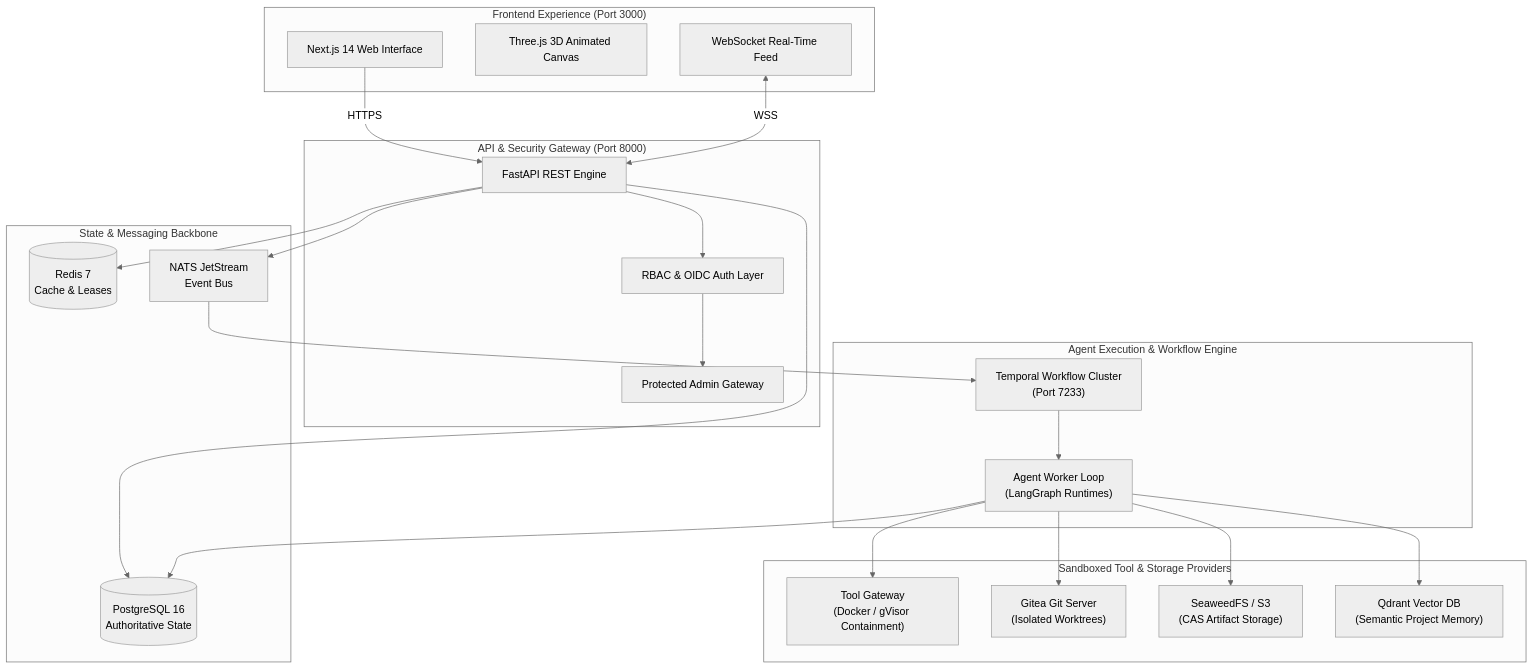
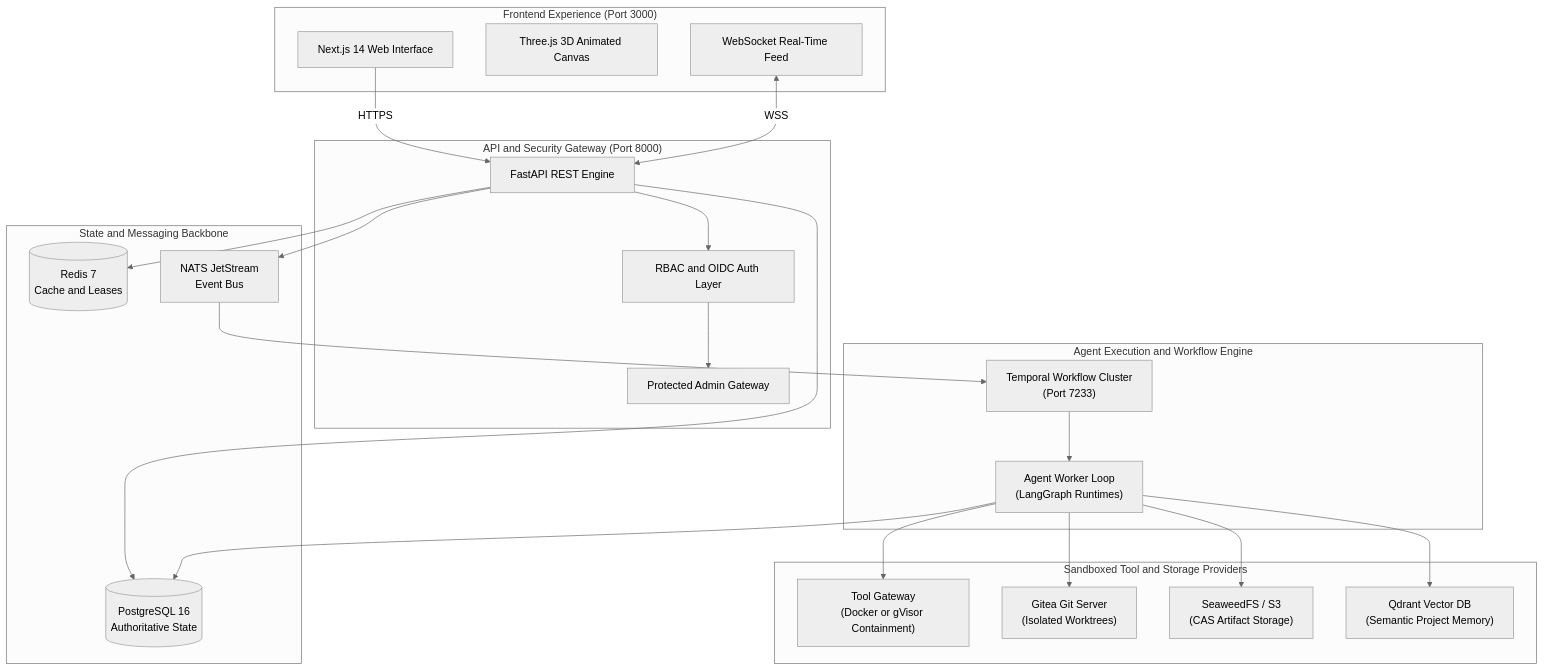
Before and after one commit to ANUJ760/agent-space: the first of 2 diagrams in README.md, drawn with Mermaid (neutral theme). The commit also changed other lines of this file, not shown here.

Commit message:
fix(docs): resolve Mermaid sequence diagram syntax by renaming reserved Box participant to Sandbox

````diff
--- a/README.md
+++ b/README.md
@@ -25,49 +25,49 @@
 ```mermaid
 flowchart TD
     subgraph ClientLayer["Frontend Experience (Port 3000)"]
         UI["Next.js 14 Web Interface"]
         ThreeCanvas["Three.js 3D Animated Canvas"]
         WSClient["WebSocket Real-Time Feed"]
     end
 
-    subgraph APILayer["API & Security Gateway (Port 8000)"]
+    subgraph APILayer["API and Security Gateway (Port 8000)"]
         FastAPI["FastAPI REST Engine"]
-        AuthModule["RBAC & OIDC Auth Layer"]
+        AuthModule["RBAC and OIDC Auth Layer"]
         ProtectedAdmin["Protected Admin Gateway"]
     end
 
-    subgraph StateLayer["State & Messaging Backbone"]
+    subgraph StateLayer["State and Messaging Backbone"]
         Postgres[("PostgreSQL 16\nAuthoritative State")]
-        Redis[("Redis 7\nCache & Leases")]
+        Redis[("Redis 7\nCache and Leases")]
         NATS["NATS JetStream\nEvent Bus"]
     end
 
-    subgraph OrchestrationLayer["Agent Execution & Workflow Engine"]
+    subgraph OrchestrationLayer["Agent Execution and Workflow Engine"]
         Temporal["Temporal Workflow Cluster\n(Port 7233)"]
         Workers["Agent Worker Loop\n(LangGraph Runtimes)"]
     end
 
-    subgraph ToolingLayer["Sandboxed Tool & Storage Providers"]
-        Sandbox["Tool Gateway\n(Docker / gVisor Containment)"]
+    subgraph ToolingLayer["Sandboxed Tool and Storage Providers"]
+        Sandbox["Tool Gateway\n(Docker or gVisor Containment)"]
         Gitea["Gitea Git Server\n(Isolated Worktrees)"]
         S3["SeaweedFS / S3\n(CAS Artifact Storage)"]
         Qdrant["Qdrant Vector DB\n(Semantic Project Memory)"]
     end
 
     UI -->|HTTPS| FastAPI
     WSClient <-->|WSS| FastAPI
     FastAPI --> AuthModule
     AuthModule --> ProtectedAdmin
 
     FastAPI --> Postgres
     FastAPI --> Redis
     FastAPI --> NATS
 
     NATS --> Temporal
     Temporal --> Workers
     Workers --> Sandbox
     Workers --> Gitea
     Workers --> S3
     Workers --> Qdrant
     Workers --> Postgres
 ```
````
